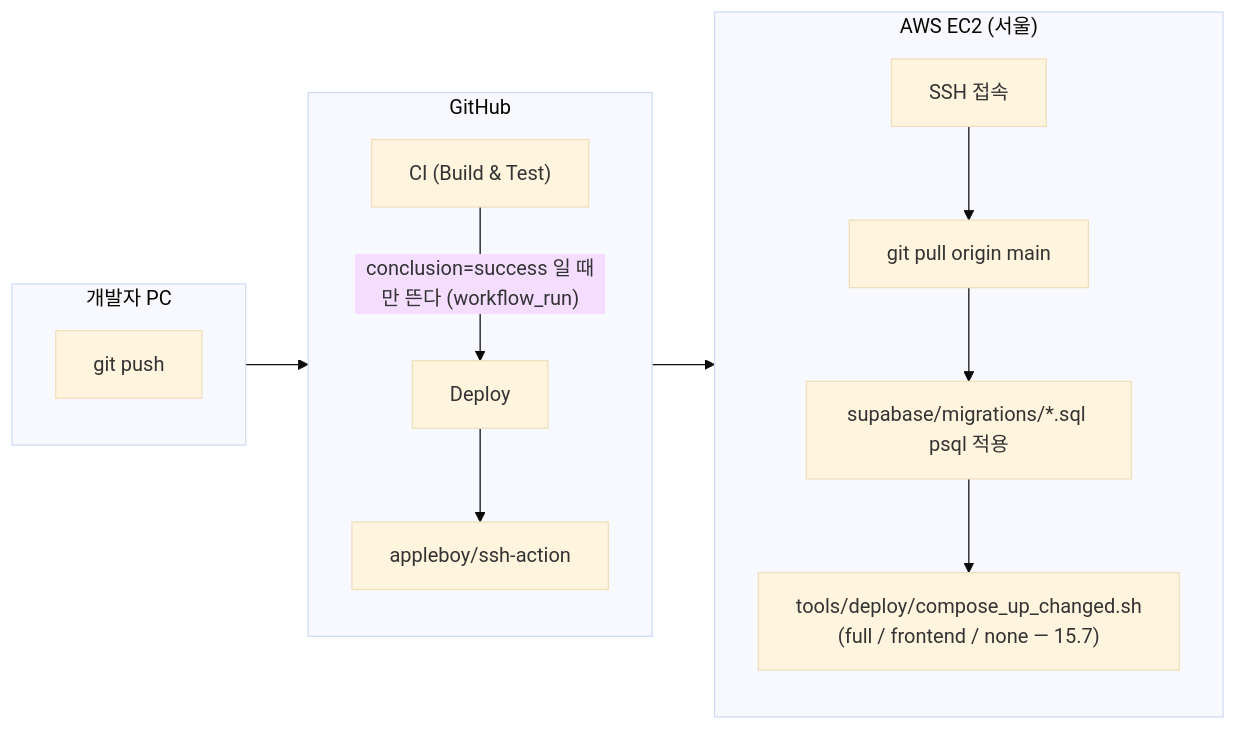
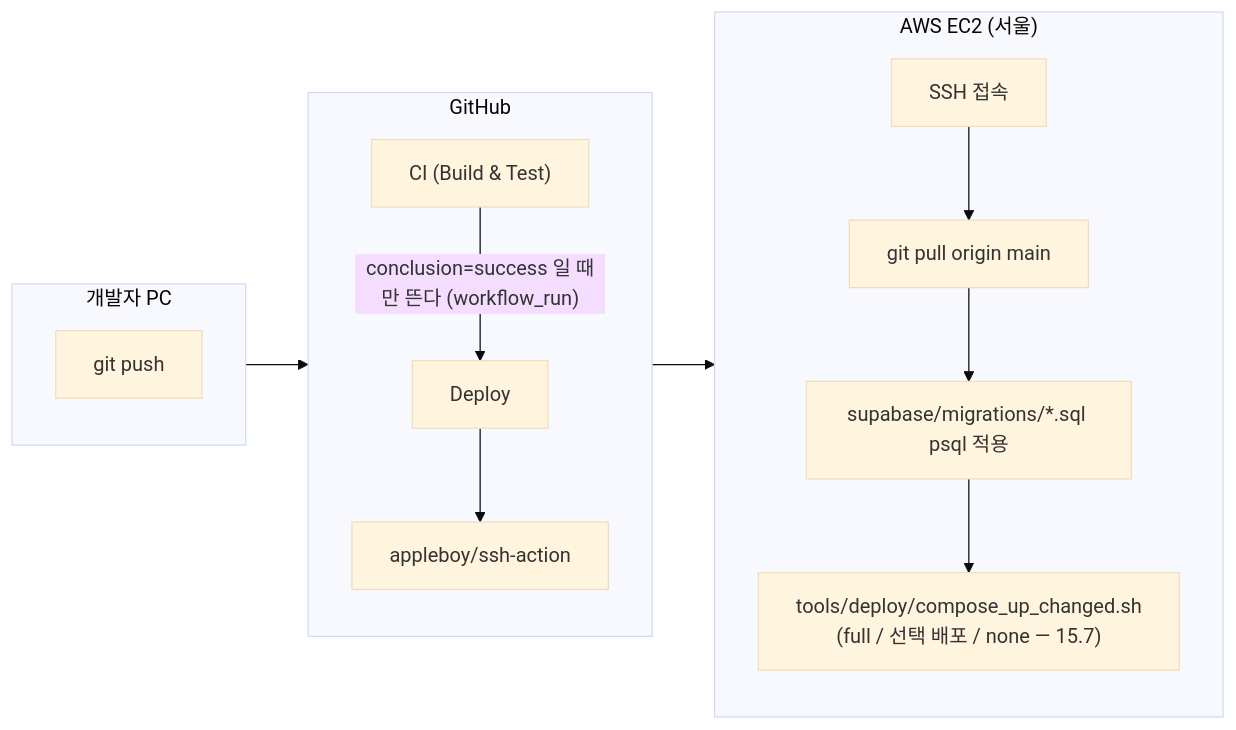
Diagram 18 of 25 in docs/architecture.md (canduk910/auto_stock), drawn with Mermaid (base theme) before and after one commit. The commit also changed other lines of this file and 4 other files, not shown here.

First line of the commit message:
docs: architecture.md 를 7전략 전체로 확대(§4 엔진 그림·멤버 표, §8 매수 신호 흐름 8.3~8.7) + Mermaid 때 찾은 불일치 정리(컨테이너 3개·배포 모드·README kojiro·깨진 앵커) + param_drift.py 모듈 맵 + cycle363 행 정정 부기

````diff
--- a/docs/architecture.md
+++ b/docs/architecture.md
@@ -742,22 +1062,22 @@
 ```mermaid
 flowchart LR
     subgraph DEV["개발자 PC"]
         GP["git push"]
     end
     subgraph GH["GitHub"]
         direction TB
         CI["CI (Build & Test)"]
         DEP["Deploy"]
         SA["appleboy/ssh-action"]
         CI -->|"conclusion=success 일 때만 뜬다 (workflow_run)"| DEP
         DEP --> SA
     end
     subgraph EC2["AWS EC2 (서울)"]
         direction TB
         SSH["SSH 접속"] --> PULL["git pull origin main"]
         PULL --> MIG["supabase/migrations/*.sql psql 적용"]
-        MIG --> CU["tools/deploy/compose_up_changed.sh<br/>(full / frontend / none — 15.7)"]
+        MIG --> CU["tools/deploy/compose_up_changed.sh<br/>(full / 선택 배포 / none — 15.7)"]
     end
     DEV --> GH
     GH --> EC2
 ```
````
